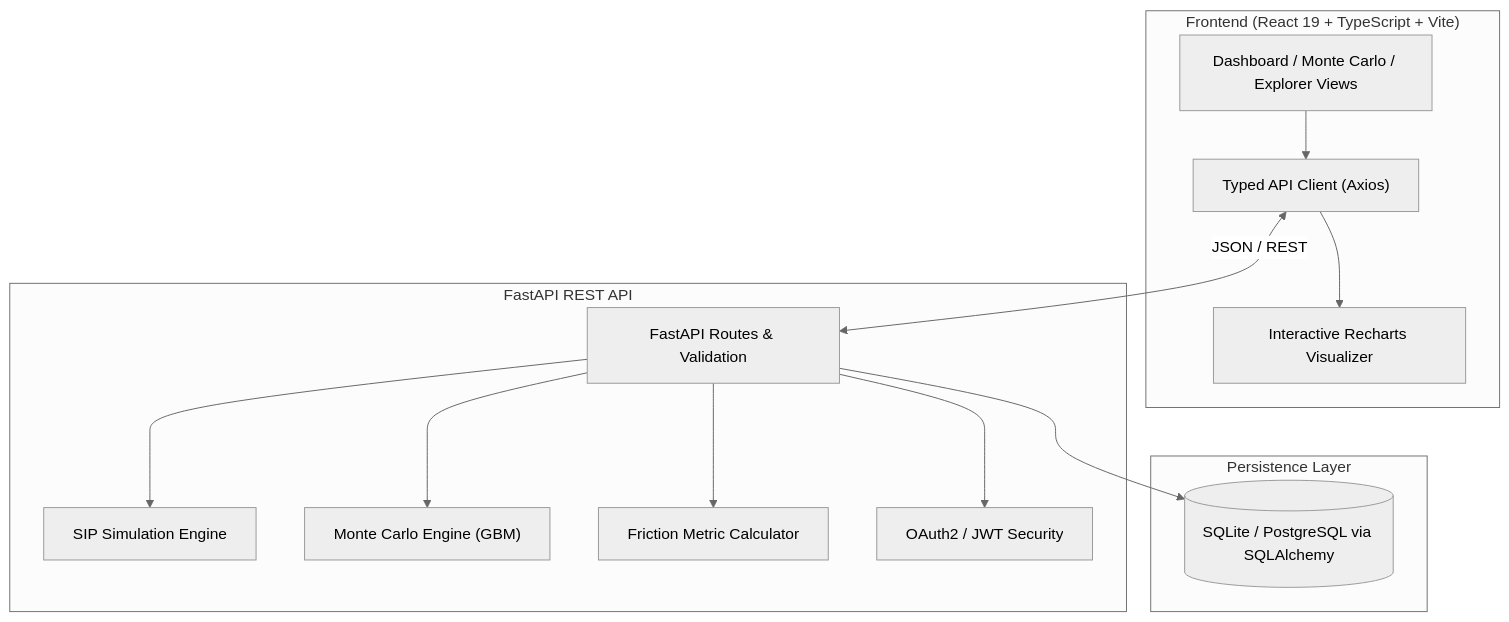
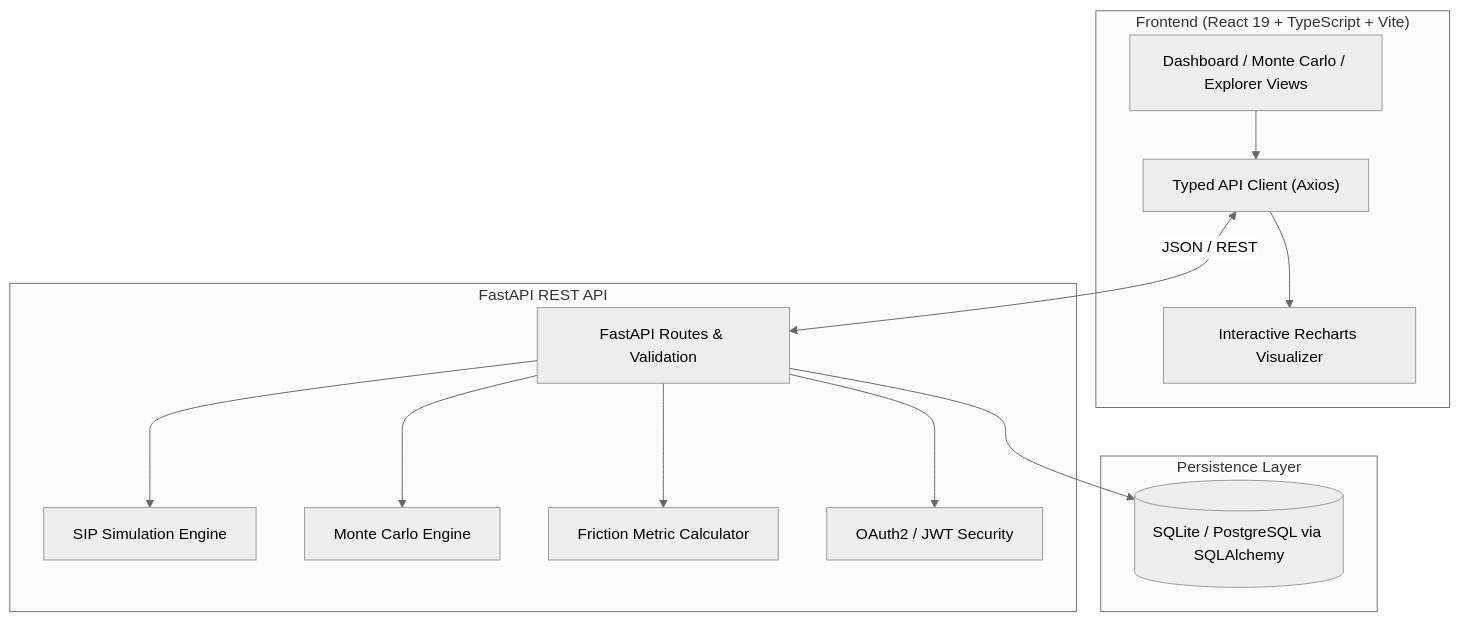
One commit to Anubhavkumarkanth/sip-friction-analyzer changed the diagram in README.md. Above: the diagram before and after it, drawn with Mermaid (neutral theme). The commit also changed other lines of this file and 2 other files, not shown here.

````diff
--- a/README.md
+++ b/README.md
@@ -26,29 +26,29 @@
 ```mermaid
 flowchart TD
     subgraph Client ["Frontend (React 19 + TypeScript + Vite)"]
         UI["Dashboard / Monte Carlo / Explorer Views"]
         Axios["Typed API Client (Axios)"]
         Recharts["Interactive Recharts Visualizer"]
         UI --> Axios
         Axios --> Recharts
     end
 
     subgraph Backend ["FastAPI REST API"]
         Router["FastAPI Routes & Validation"]
         Engine["SIP Simulation Engine"]
-        Stochastic["Monte Carlo Engine (GBM)"]
+        Stochastic["Monte Carlo Engine"]
         Friction["Friction Metric Calculator"]
         Auth["OAuth2 / JWT Security"]
         Router --> Engine
         Router --> Stochastic
         Router --> Friction
         Router --> Auth
     end
 
     subgraph Storage ["Persistence Layer"]
         DB[("SQLite / PostgreSQL via SQLAlchemy")]
         Router --> DB
     end
 
     Axios <-->|"JSON / REST"| Router
 ```
````
